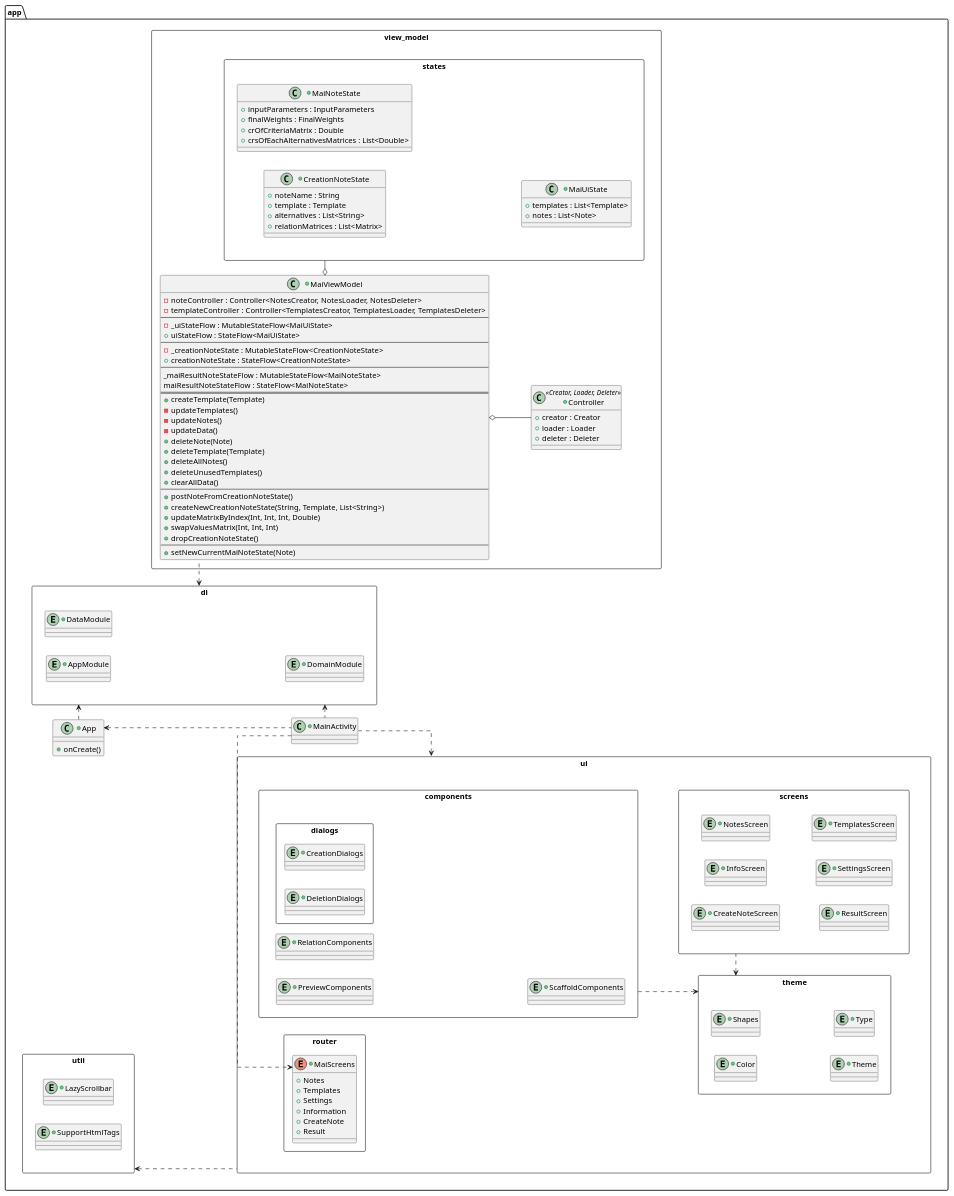
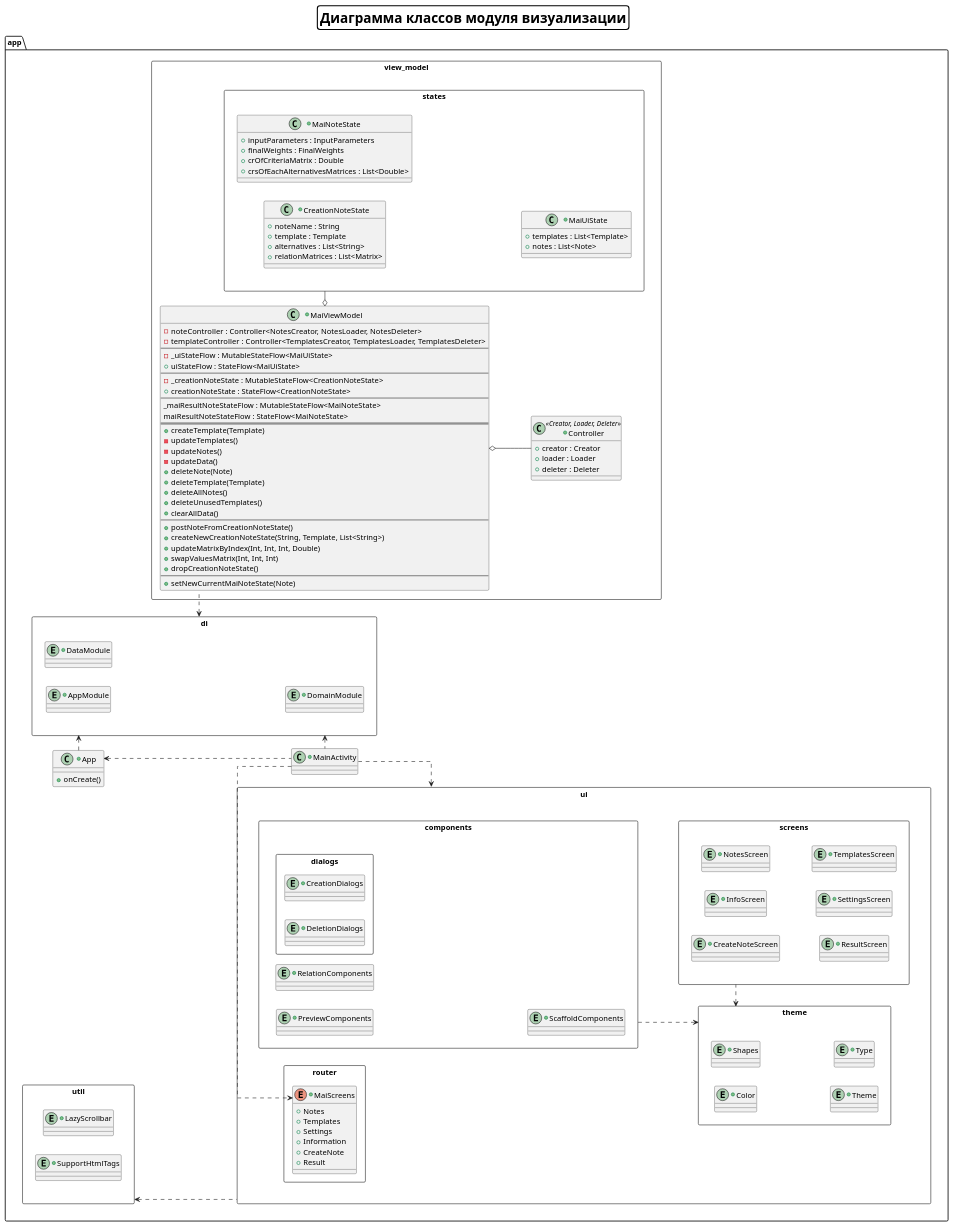
One commit to ethernet389/MAI-2 changed the diagram in diagrams/architecture/app.puml. Above: the diagram before and after it, drawn with PlantUML. The commit also changed 5 other files, not shown here.

Commit message:
Add modules.puml and add titles to diagrams

```diff
--- a/diagrams/architecture/app.puml
+++ b/diagrams/architecture/app.puml
@@ -1,172 +1,180 @@
 @startuml
 
 left to right direction
 skinparam linetype ortho
+skinparam titleBorderRoundCorner 10
+skinparam titleBorderThickness 2
+skinparam titleBorderColor black
+skinparam titleFontSize 25
+
+title
+    Диаграмма классов модуля визуализации
+end title
 
 package app {
 rectangle ui {
         rectangle components {
             rectangle dialogs {
                 +entity CreationDialogs {
                 }
 
                 +entity DeletionDialogs {
                 }
             }
 
             +entity PreviewComponents {
             }
 
             +entity RelationComponents {
             }
 
             +entity ScaffoldComponents {
             }
         }
 
         rectangle router {
             +enum MaiScreens {
                 +Notes
                 +Templates
                 +Settings
                 +Information
                 +CreateNote
                 +Result
             }
         }
 
         rectangle screens {
             +entity CreateNoteScreen {
             }
 
             +entity InfoScreen {
             }
 
             +entity NotesScreen {
             }
 
             +entity ResultScreen {
             }
 
             +entity SettingsScreen {
             }
 
             +entity TemplatesScreen {
             }
         }
 
         rectangle theme {
             +entity Color {
             }
 
             +entity Shapes {
             }
 
             +entity Theme {
             }
 
             +entity Type {
             }
         }
     }
 
     rectangle di {
         +entity AppModule {
         }
         +entity DataModule {
         }
         +entity DomainModule {
         }
 
     }
 
     rectangle util {
         +entity LazyScrollbar {
         }
 
         +entity SupportHtmlTags {
         }
     }
 
     rectangle view_model {
         rectangle states {
             +class CreationNoteState {
                 +noteName : String
                 +template : Template
                 +alternatives : List<String>
                 +relationMatrices : List<Matrix>
             }
 
             +class MaiNoteState {
                 +inputParameters : InputParameters
                 +finalWeights : FinalWeights
                 +crOfCriteriaMatrix : Double
                 +crsOfEachAlternativesMatrices : List<Double>
             }
 
             +class MaiUiState {
                 +templates : List<Template>
                 +notes : List<Note>
             }
         }
 
         +class Controller<<Creator, Loader, Deleter>> {
             +creator : Creator
             +loader : Loader
             +deleter : Deleter
         }
 
         +class MaiViewModel {
             -noteController : Controller<NotesCreator, NotesLoader, NotesDeleter>
             -templateController : Controller<TemplatesCreator, TemplatesLoader, TemplatesDeleter>
             --
             -_uiStateFlow : MutableStateFlow<MaiUiState>
             + uiStateFlow : StateFlow<MaiUiState>
             --
             -_creationNoteState : MutableStateFlow<CreationNoteState>
             +creationNoteState : StateFlow<CreationNoteState>
             --
             _maiResultNoteStateFlow : MutableStateFlow<MaiNoteState>
             maiResultNoteStateFlow : StateFlow<MaiNoteState>
             ==
             +createTemplate(Template)
             -updateTemplates()
             -updateNotes()
             -updateData()
             +deleteNote(Note)
             +deleteTemplate(Template)
             +deleteAllNotes()
             +deleteUnusedTemplates()
             +clearAllData()
             --
             +postNoteFromCreationNoteState()
             +createNewCreationNoteState(String, Template, List<String>)
             +updateMatrixByIndex(Int, Int, Int, Double)
             +swapValuesMatrix(Int, Int, Int)
             +dropCreationNoteState()
             --
             +setNewCurrentMaiNoteState(Note)
         }
     }
 
     +class App {
         +onCreate()
     }
 
     +class MainActivity {
     }
 }
 
 theme <..r screens
 theme <..u components
 App <.. MainActivity
 App ..r> di
 util <.. ui
 di <.. MainActivity
 di <.. MaiViewModel
 ui <.. MainActivity
 Controller --uo MaiViewModel
 states --lo MaiViewModel
 MaiScreens <..l MainActivity
 
 @enduml
```
